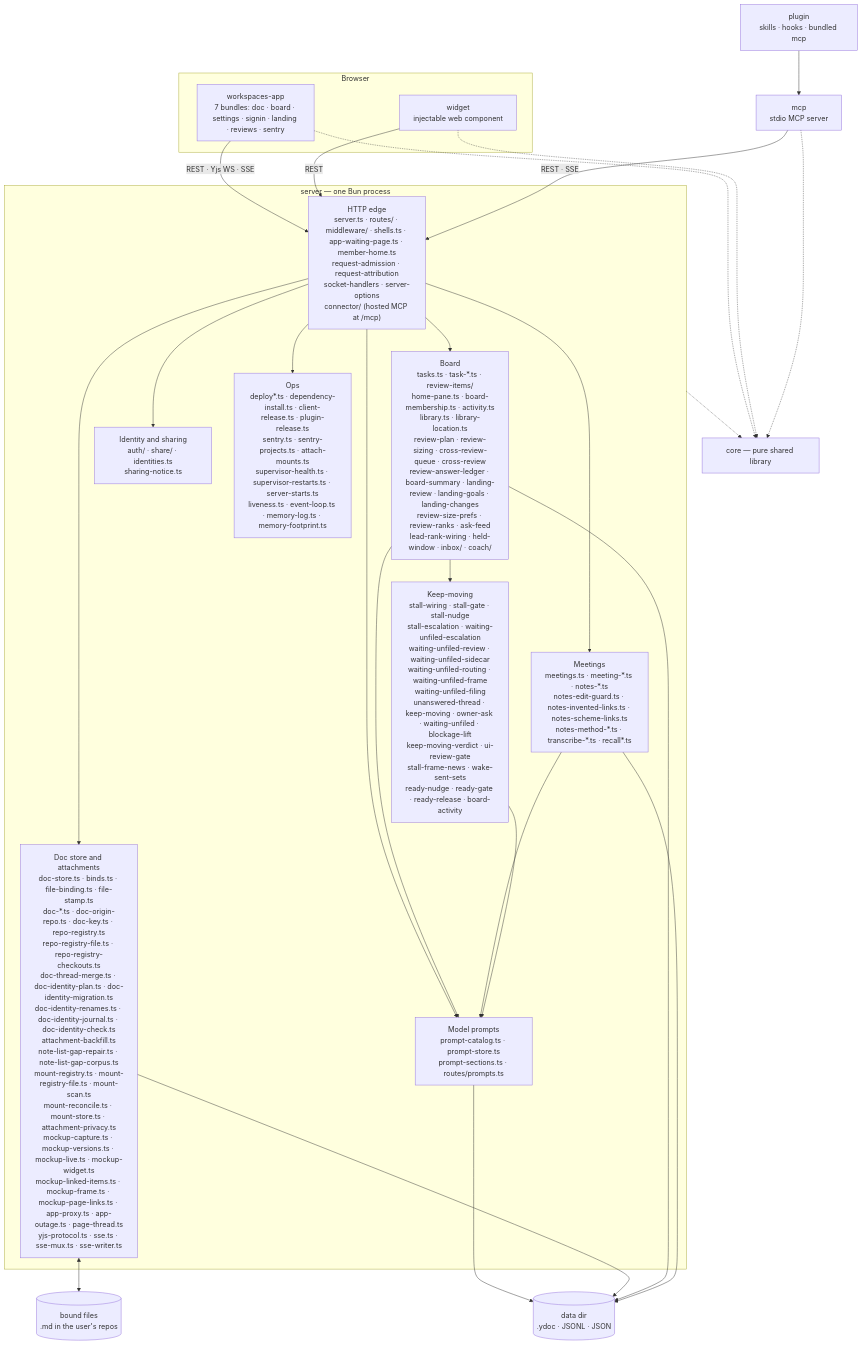
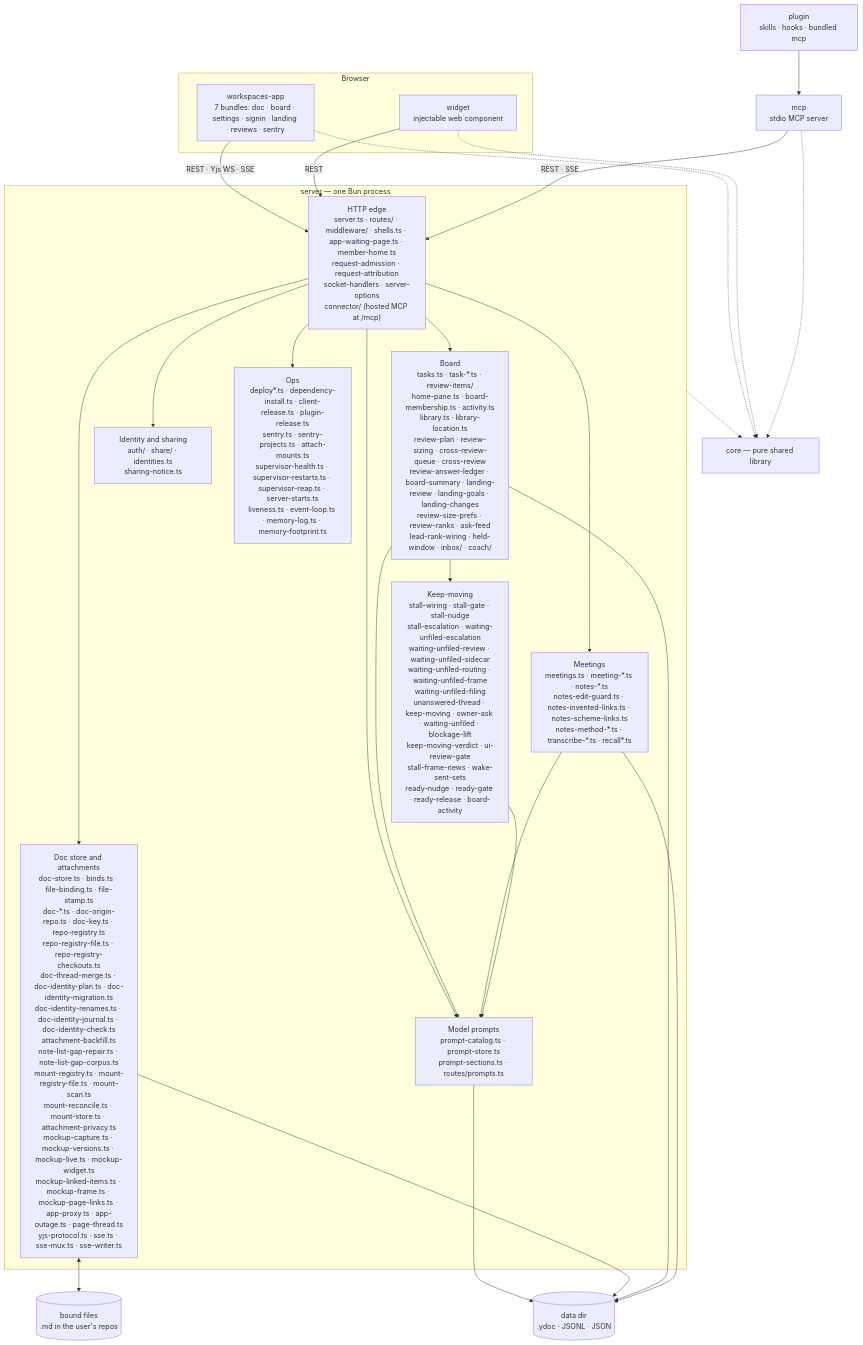
One commit to fryanpan/claude-workspace-plugin changed the first of 2 diagrams in docs/architecture/overview.md. Above: the diagram before and after it, drawn with Mermaid. The commit also changed other lines of this file and 7 other files, not shown here.

````diff
--- a/docs/architecture/overview.md
+++ b/docs/architecture/overview.md
@@ -45,35 +45,35 @@
 ```mermaid
 flowchart TB
   subgraph browser[Browser]
     app["workspaces-app<br/>7 bundles: doc · board · settings · signin · landing · reviews · sentry"]
     wid["widget<br/>injectable web component"]
   end
   plug["plugin<br/>skills · hooks · bundled mcp"]
   mcp["mcp<br/>stdio MCP server"]
   subgraph srv["server — one Bun process"]
     edge["HTTP edge<br/>server.ts · routes/ · middleware/ · shells.ts · app-waiting-page.ts · member-home.ts<br/>request-admission · request-attribution<br/>socket-handlers · server-options<br/>connector/ (hosted MCP at /mcp)"]
     docs["Doc store and attachments<br/>doc-store.ts · binds.ts · file-binding.ts · file-stamp.ts<br/>doc-*.ts · doc-origin-repo.ts · doc-key.ts · repo-registry.ts<br/>repo-registry-file.ts · repo-registry-checkouts.ts<br/>doc-thread-merge.ts · doc-identity-plan.ts · doc-identity-migration.ts<br/>doc-identity-renames.ts · doc-identity-journal.ts · doc-identity-check.ts<br/>attachment-backfill.ts<br/>note-list-gap-repair.ts · note-list-gap-corpus.ts<br/>mount-registry.ts · mount-registry-file.ts · mount-scan.ts<br/>mount-reconcile.ts · mount-store.ts · attachment-privacy.ts<br/>mockup-capture.ts · mockup-versions.ts · mockup-live.ts · mockup-widget.ts<br/>mockup-linked-items.ts · mockup-frame.ts · mockup-page-links.ts · app-proxy.ts · app-outage.ts · page-thread.ts<br/>yjs-protocol.ts · sse.ts · sse-mux.ts · sse-writer.ts"]
     board["Board<br/>tasks.ts · task-*.ts · review-items/<br/>home-pane.ts · board-membership.ts · activity.ts<br/>library.ts · library-location.ts<br/>review-plan · review-sizing · cross-review-queue · cross-review<br/>review-answer-ledger · board-summary · landing-review · landing-goals · landing-changes<br/>review-size-prefs · review-ranks · ask-feed<br/>lead-rank-wiring · held-window · inbox/ · coach/"]
     meet["Meetings<br/>meetings.ts · meeting-*.ts · notes-*.ts<br/>notes-edit-guard.ts · notes-invented-links.ts · notes-scheme-links.ts<br/>notes-method-*.ts · transcribe-*.ts · recall*.ts"]
     keep["Keep-moving<br/>stall-wiring · stall-gate · stall-nudge<br/>stall-escalation · waiting-unfiled-escalation<br/>waiting-unfiled-review · waiting-unfiled-sidecar<br/>waiting-unfiled-routing · waiting-unfiled-frame<br/>waiting-unfiled-filing<br/>unanswered-thread · keep-moving · owner-ask · waiting-unfiled · blockage-lift<br/>keep-moving-verdict · ui-review-gate<br/>stall-frame-news · wake-sent-sets<br/>ready-nudge · ready-gate · ready-release · board-activity"]
     ident["Identity and sharing<br/>auth/ · share/ · identities.ts<br/>sharing-notice.ts"]
     prompts["Model prompts<br/>prompt-catalog.ts · prompt-store.ts<br/>prompt-sections.ts · routes/prompts.ts"]
-    ops["Ops<br/>deploy*.ts · dependency-install.ts · client-release.ts · plugin-release.ts<br/>sentry.ts · sentry-projects.ts · attach-mounts.ts<br/>supervisor-health.ts · supervisor-restarts.ts · server-starts.ts<br/>liveness.ts · event-loop.ts · memory-log.ts · memory-footprint.ts"]
+    ops["Ops<br/>deploy*.ts · dependency-install.ts · client-release.ts · plugin-release.ts<br/>sentry.ts · sentry-projects.ts · attach-mounts.ts<br/>supervisor-health.ts · supervisor-restarts.ts · supervisor-reap.ts · server-starts.ts<br/>liveness.ts · event-loop.ts · memory-log.ts · memory-footprint.ts"]
   end
   core["core — pure shared library"]
   disk[("data dir<br/>.ydoc · JSONL · JSON")]
   files[("bound files<br/>.md in the user's repos")]
 
   app -->|"REST · Yjs WS · SSE"| edge
   wid -->|REST| edge
   plug --> mcp
   mcp -->|"REST · SSE"| edge
   edge --> docs & board & meet & ident & ops & prompts
   board & meet & keep --> prompts
   prompts --> disk
   board --> keep
   docs <--> files
   docs & board & meet --> disk
   app & wid & mcp -.-> core
   srv -.-> core
 ```
````
